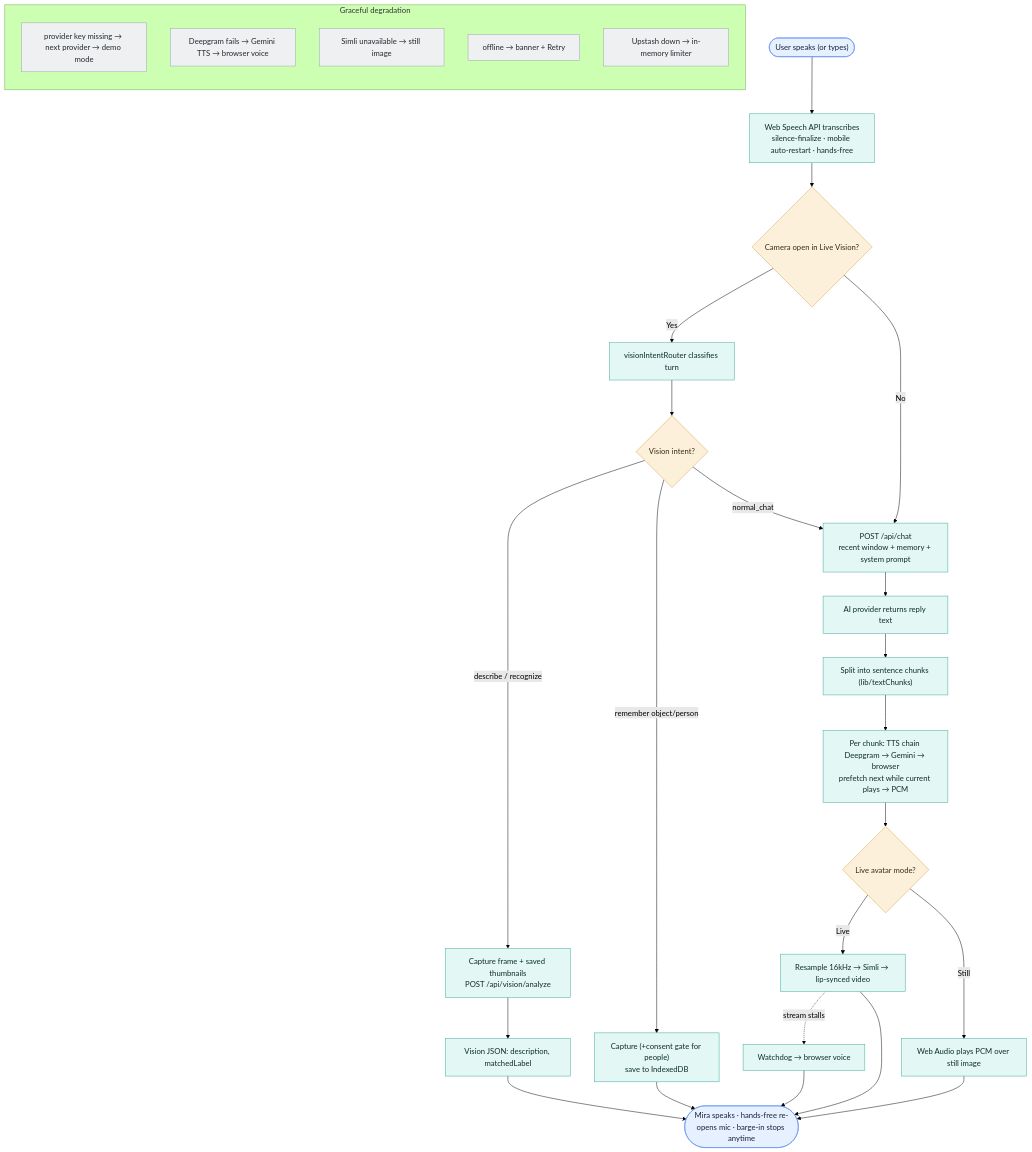
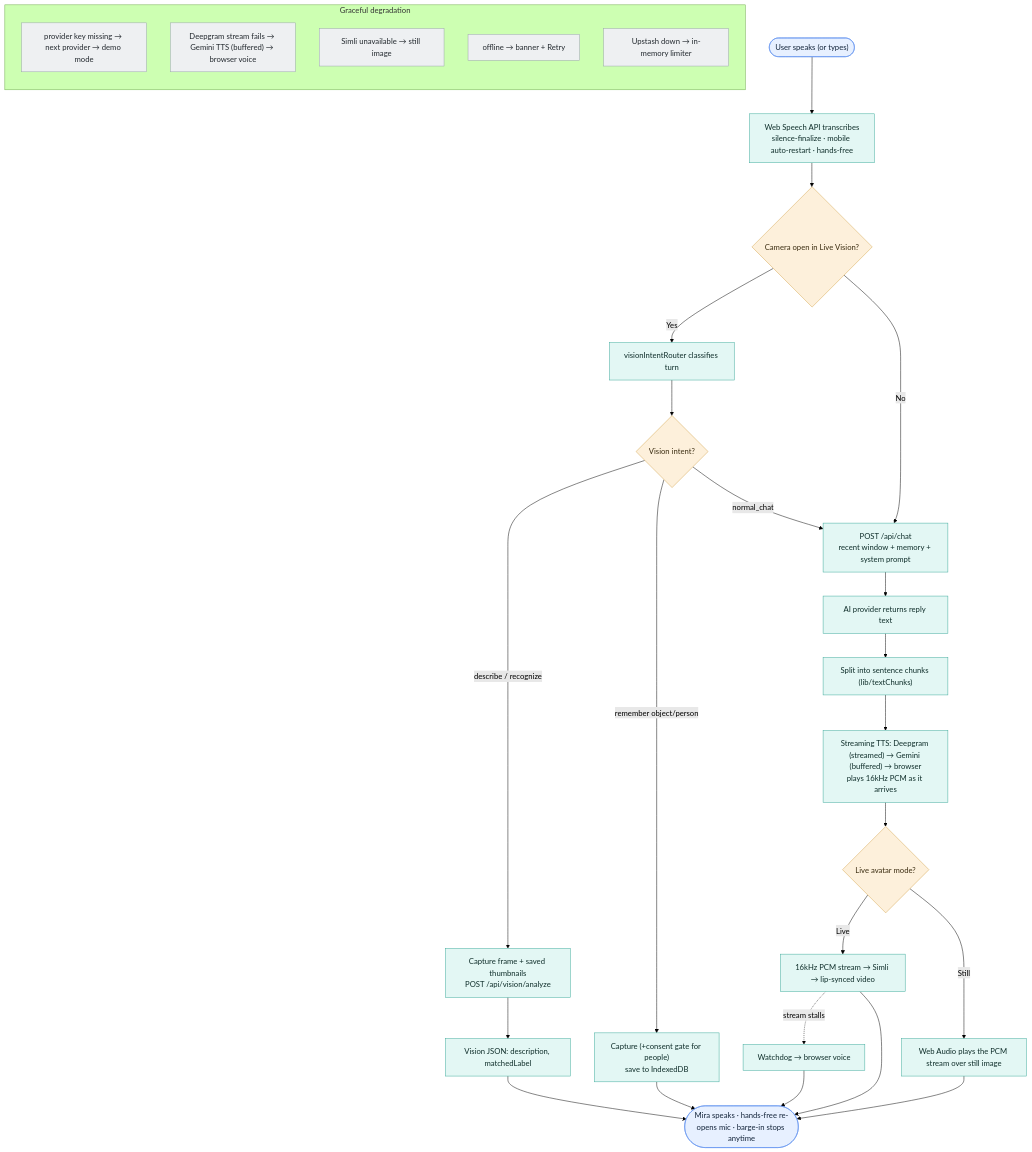
The second of 4 diagrams in docs/ARCHITECTURE.md (vaibhav8600-rgb/ai-avatar-companion), drawn with Mermaid (forest theme) before and after one commit. The commit also changed other lines of this file and 16 other files, not shown here.

Commit message:
perf: stream-first TTS + cut input→output latency

````diff
--- a/docs/ARCHITECTURE.md
+++ b/docs/ARCHITECTURE.md
@@ -109,45 +111,45 @@
 ```mermaid
 flowchart TB
   START(["User speaks (or types)"]) --> STT["Web Speech API transcribes<br/>silence-finalize · mobile auto-restart · hands-free"]
   STT --> DVIS{"Camera open in Live Vision?"}
 
   DVIS -- "Yes" --> CLS["visionIntentRouter classifies turn"]
   CLS --> DINT{"Vision intent?"}
   DINT -- "describe / recognize" --> VCAP["Capture frame + saved thumbnails<br/>POST /api/vision/analyze"]
   VCAP --> VJSON["Vision JSON: description, matchedLabel"]
   VJSON --> SPEAK
   DINT -- "remember object/person" --> VSAVE["Capture (+consent gate for people)<br/>save to IndexedDB"]
   VSAVE --> SPEAK
   DINT -- "normal_chat" --> CHAT
 
   DVIS -- "No" --> CHAT["POST /api/chat<br/>recent window + memory + system prompt"]
   CHAT --> REPLY["AI provider returns reply text"]
   REPLY --> CHUNK["Split into sentence chunks (lib/textChunks)"]
-  CHUNK --> TTS["Per chunk: TTS chain Deepgram → Gemini → browser<br/>prefetch next while current plays → PCM"]
+  CHUNK --> TTS["Streaming TTS: Deepgram (streamed) → Gemini (buffered) → browser<br/>plays 16kHz PCM as it arrives"]
   TTS --> DMODE{"Live avatar mode?"}
-  DMODE -- "Live" --> LIVE["Resample 16kHz → Simli → lip-synced video"]
-  DMODE -- "Still" --> STILL["Web Audio plays PCM over still image"]
+  DMODE -- "Live" --> LIVE["16kHz PCM stream → Simli → lip-synced video"]
+  DMODE -- "Still" --> STILL["Web Audio plays the PCM stream over still image"]
   LIVE -.->|"stream stalls"| WD["Watchdog → browser voice"]
   LIVE --> SPEAK(["Mira speaks · hands-free re-opens mic · barge-in stops anytime"])
   STILL --> SPEAK
   WD --> SPEAK
 
   subgraph FALLBACK["Graceful degradation"]
     direction TB
     F1["provider key missing → next provider → demo mode"]
-    F2["Deepgram fails → Gemini TTS → browser voice"]
+    F2["Deepgram stream fails → Gemini TTS (buffered) → browser voice"]
     F3["Simli unavailable → still image"]
     F4["offline → banner + Retry"]
     F5["Upstash down → in-memory limiter"]
   end
 
   classDef io fill:#e7f0ff,stroke:#5b8def,color:#13243a;
   classDef proc fill:#e3f7f4,stroke:#3aa99a,color:#0f2e2a;
   classDef dec fill:#fdf0db,stroke:#d6a44c,color:#3a2c10;
   classDef fb fill:#eef0f2,stroke:#9aa3ad,color:#23292f;
 
   class START,SPEAK io;
   class STT,CLS,VCAP,VJSON,VSAVE,CHAT,REPLY,CHUNK,TTS,LIVE,STILL,WD proc;
   class DVIS,DINT,DMODE dec;
   class F1,F2,F3,F4,F5 fb;
 ```
````
